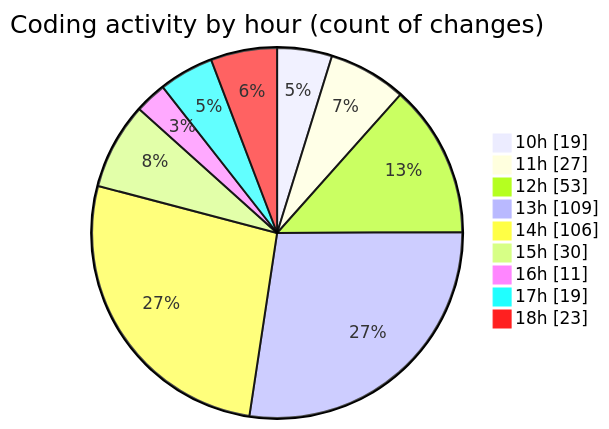
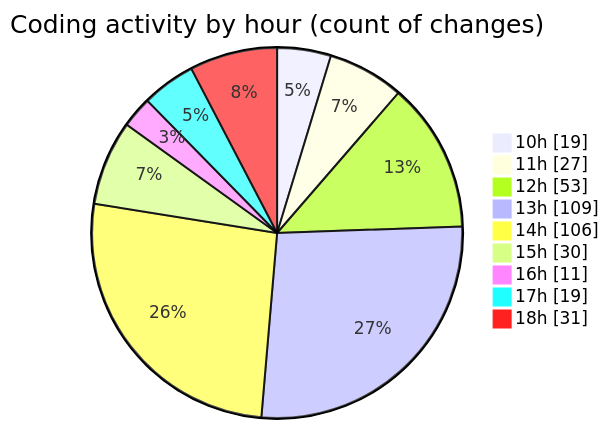
The second of 2 diagrams in 2025-03-18/cda/README.md (momahboobian/code-tracking), drawn with Mermaid before and after one commit. The commit also changed other lines of this file and 1 other file, not shown here.

````diff
--- a/2025-03-18/cda/README.md
+++ b/2025-03-18/cda/README.md
@@ -42,13 +44,13 @@
 ```mermaid
 pie showData
 title Coding activity by hour (count of changes)
 "10h" : 19
 "11h" : 27
 "12h" : 53
 "13h" : 109
 "14h" : 106
 "15h" : 30
 "16h" : 11
 "17h" : 19
-"18h" : 23
+"18h" : 31
 ```
````
